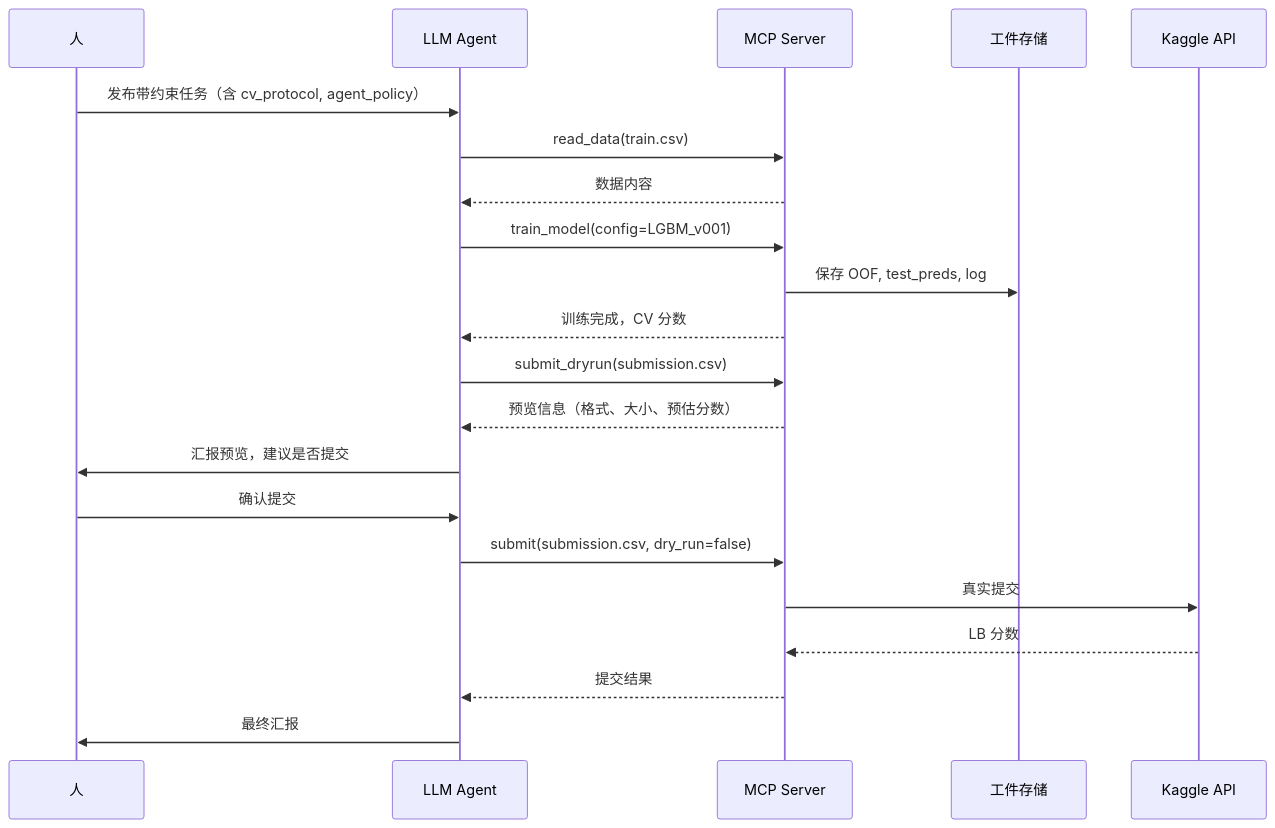
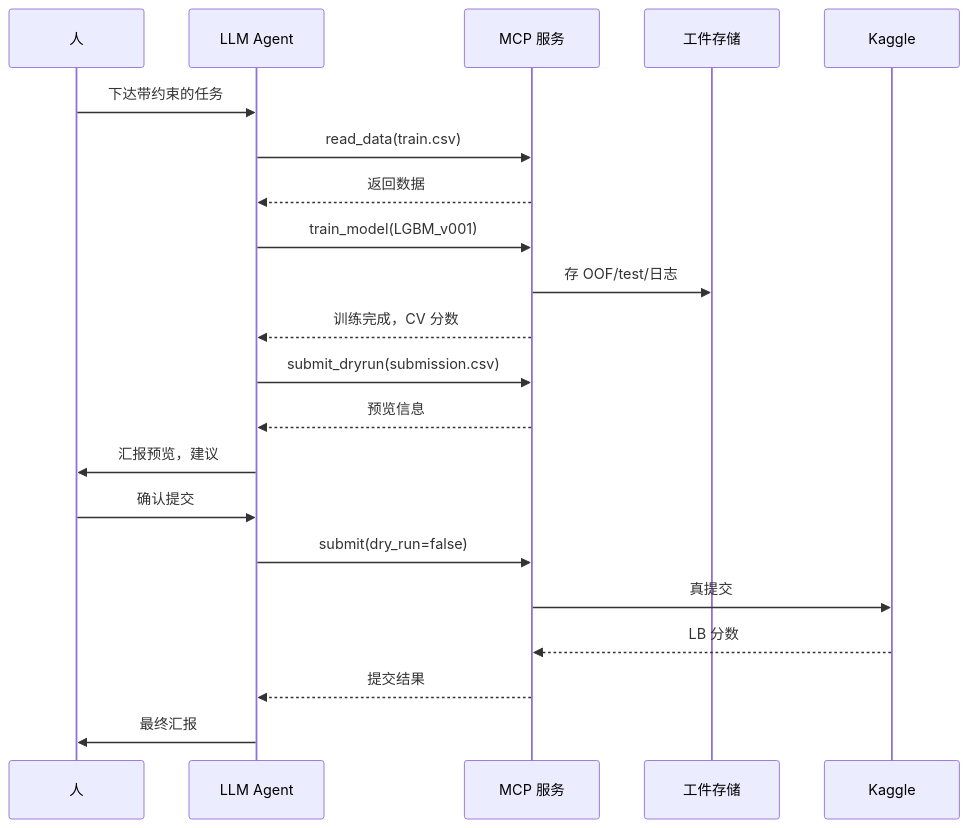
One commit to wizardforcel/vibe-kaggle changed the third of 3 diagrams in docs/chapters/chapter02.md. Above: the diagram before and after it, drawn with Mermaid. The commit also changed other lines of this file and 1 other file, not shown here.

````diff
--- a/docs/chapters/chapter02.md
+++ b/docs/chapters/chapter02.md
@@ -705,24 +701,24 @@
 ```mermaid
 sequenceDiagram
     participant Human as 人
     participant Agent as LLM Agent
-    participant MCP as MCP Server
+    participant MCP as MCP 服务
     participant Artifacts as 工件存储
-    participant Kaggle as Kaggle API
-    
-    Human->>Agent: 发布带约束任务（含 cv_protocol, agent_policy）
+    participant Kaggle as Kaggle
+
+    Human->>Agent: 下达带约束的任务
     Agent->>MCP: read_data(train.csv)
-    MCP-->>Agent: 数据内容
-    Agent->>MCP: train_model(config=LGBM_v001)
-    MCP->>Artifacts: 保存 OOF, test_preds, log
+    MCP-->>Agent: 返回数据
+    Agent->>MCP: train_model(LGBM_v001)
+    MCP->>Artifacts: 存 OOF/test/日志
     MCP-->>Agent: 训练完成，CV 分数
     Agent->>MCP: submit_dryrun(submission.csv)
-    MCP-->>Agent: 预览信息（格式、大小、预估分数）
-    Agent->>Human: 汇报预览，建议是否提交
+    MCP-->>Agent: 预览信息
+    Agent->>Human: 汇报预览，建议
     Human->>Agent: 确认提交
-    Agent->>MCP: submit(submission.csv, dry_run=false)
-    MCP->>Kaggle: 真实提交
+    Agent->>MCP: submit(dry_run=false)
+    MCP->>Kaggle: 真提交
     Kaggle-->>MCP: LB 分数
     MCP-->>Agent: 提交结果
     Agent->>Human: 最终汇报
 ```
````
